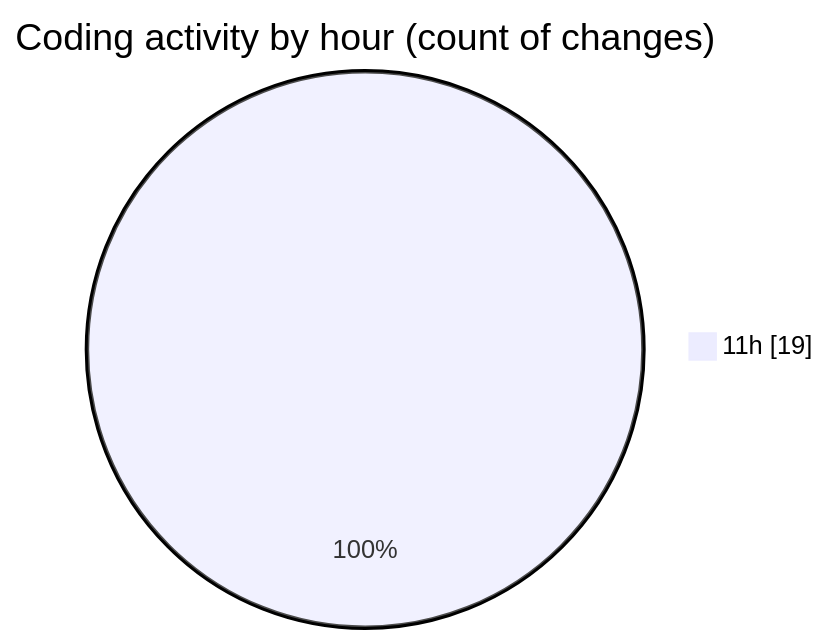
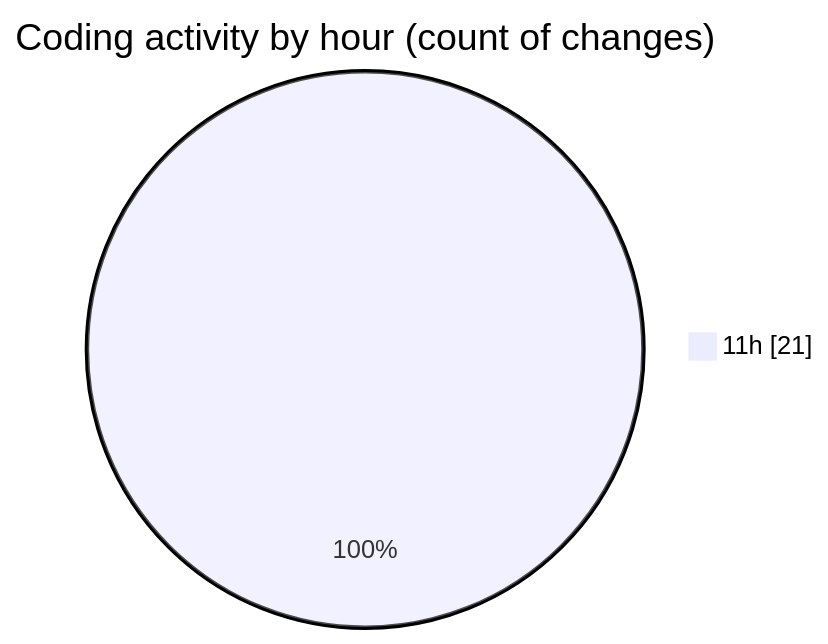
Before and after one commit to idhammustaqopulfikri/code-tracking: the second of 2 diagrams in 2025-04-19/autodidak/README.md, drawn with Mermaid. The commit also changed other lines of this file and 1 other file, not shown here.

````diff
--- a/2025-04-19/autodidak/README.md
+++ b/2025-04-19/autodidak/README.md
@@ -34,5 +34,5 @@
 ```mermaid
 pie showData
 title Coding activity by hour (count of changes)
-"11h" : 19
+"11h" : 21
 ```
````
